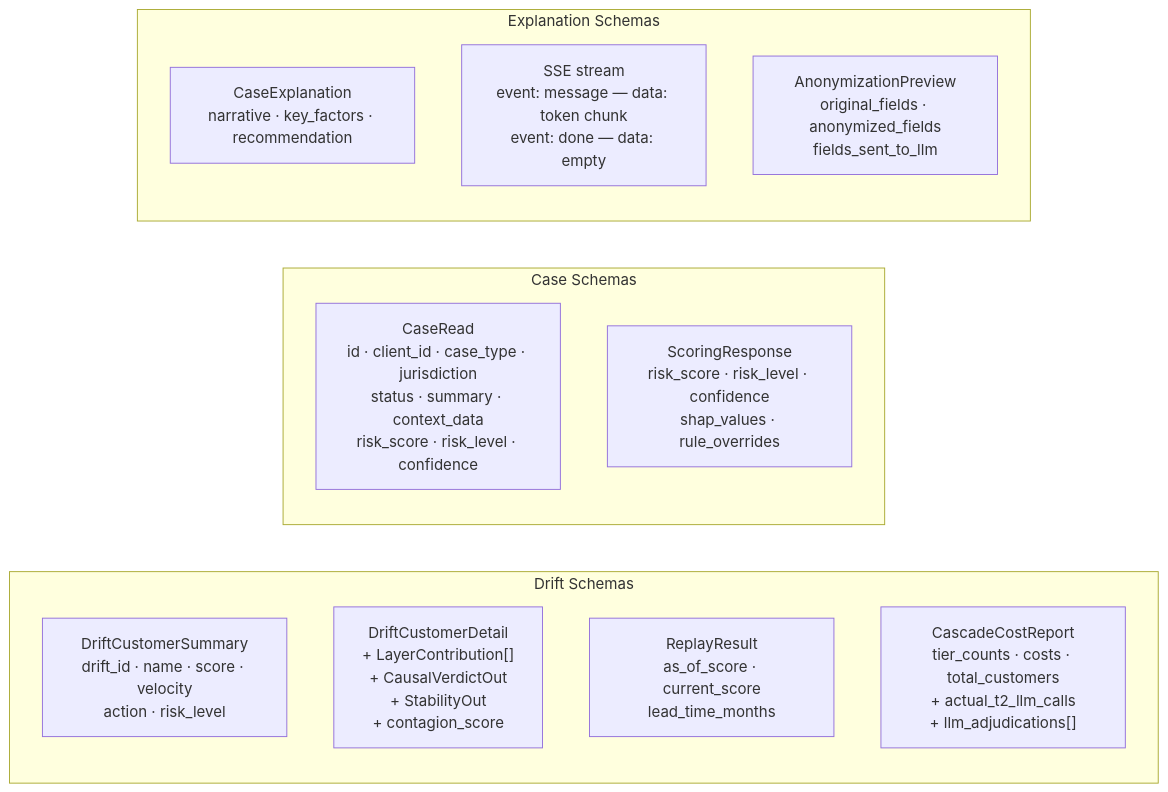
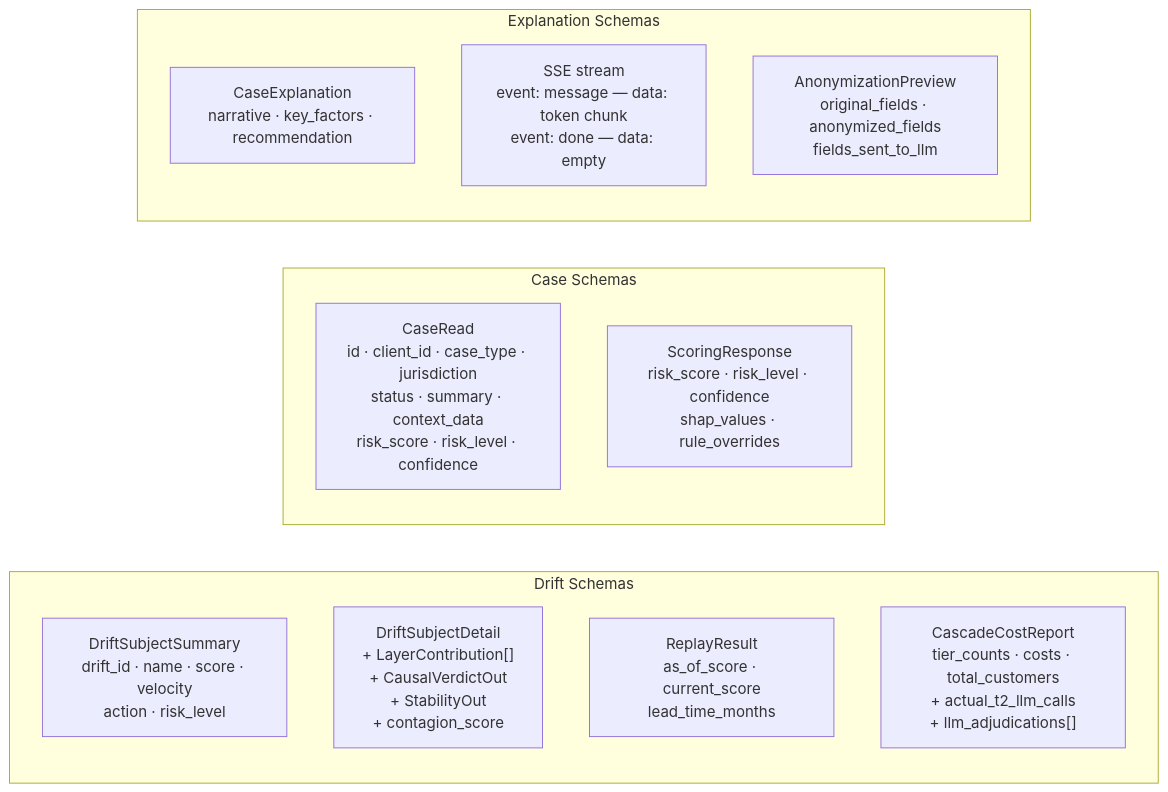
The second of 3 diagrams in docs/api.md (SteveDok22/Swisshacks-2026), drawn with Mermaid before and after one commit. The commit also changed other lines of this file and 9 other files, not shown here.

First line of the commit message:
fix(drift): complete rename to subject/drift terminology

````diff
--- a/docs/api.md
+++ b/docs/api.md
@@ -59,20 +59,20 @@
 ```mermaid
 flowchart LR
     subgraph DriftSchemas["Drift Schemas"]
-        DS1["DriftCustomerSummary\ndrift_id · name · score · velocity\naction · risk_level"]
-        DS2["DriftCustomerDetail\n+ LayerContribution[]\n+ CausalVerdictOut\n+ StabilityOut\n+ contagion_score"]
+        DS1["DriftSubjectSummary\ndrift_id · name · score · velocity\naction · risk_level"]
+        DS2["DriftSubjectDetail\n+ LayerContribution[]\n+ CausalVerdictOut\n+ StabilityOut\n+ contagion_score"]
         DS3["ReplayResult\nas_of_score · current_score\nlead_time_months"]
         DS4["CascadeCostReport\ntier_counts · costs · total_customers\n+ actual_t2_llm_calls\n+ llm_adjudications[]"]
     end
 
     subgraph CaseSchemas["Case Schemas"]
         CS1["CaseRead\nid · client_id · case_type · jurisdiction\nstatus · summary · context_data\nrisk_score · risk_level · confidence"]
         CS2["ScoringResponse\nrisk_score · risk_level · confidence\nshap_values · rule_overrides"]
     end
 
     subgraph ExplainSchemas["Explanation Schemas"]
         ES1["CaseExplanation\nnarrative · key_factors · recommendation"]
         ES2["SSE stream\nevent: message — data: token chunk\nevent: done — data: empty"]
         ES3["AnonymizationPreview\noriginal_fields · anonymized_fields\nfields_sent_to_llm"]
     end
 ```
````
